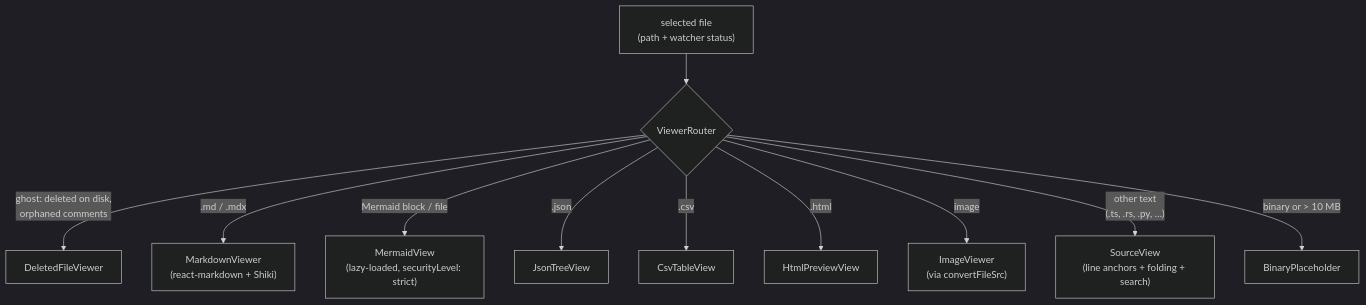
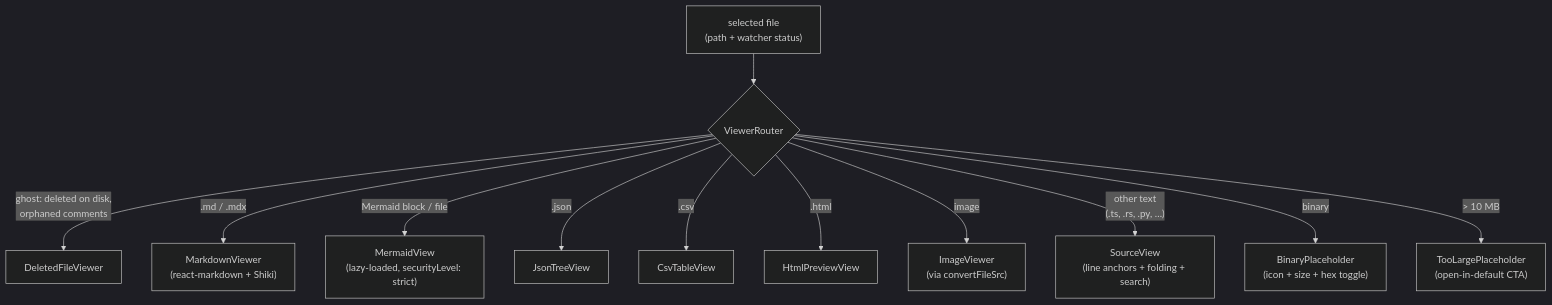
Before and after one commit to dryotta/mDown-reView: the diagram in docs/features/viewer.md, drawn with Mermaid (dark theme). The commit also changed other lines of this file and 97 other files, not shown here.

````diff
--- a/docs/features/viewer.md
+++ b/docs/features/viewer.md
@@ -17,13 +23,14 @@
 ```mermaid
 flowchart TD
     File["selected file<br/>(path + watcher status)"] --> Router{"ViewerRouter"}
     Router -- "ghost: deleted on disk,<br/>orphaned comments" --> DV["DeletedFileViewer"]
     Router -- ".md / .mdx" --> MV["MarkdownViewer<br/>(react-markdown + Shiki)"]
     Router -- "Mermaid block / file" --> MM["MermaidView<br/>(lazy-loaded, securityLevel: strict)"]
     Router -- ".json" --> JT["JsonTreeView"]
     Router -- ".csv" --> CT["CsvTableView"]
     Router -- ".html" --> HV["HtmlPreviewView"]
     Router -- "image" --> IV["ImageViewer<br/>(via convertFileSrc)"]
     Router -- "other text<br/>(.ts, .rs, .py, …)" --> SV["SourceView<br/>(line anchors + folding + search)"]
-    Router -- "binary or > 10 MB" --> BP["BinaryPlaceholder"]
+    Router -- "binary" --> BP["BinaryPlaceholder<br/>(icon + size + hex toggle)"]
+    Router -- "> 10 MB" --> TLP["TooLargePlaceholder<br/>(open-in-default CTA)"]
 ```
````
